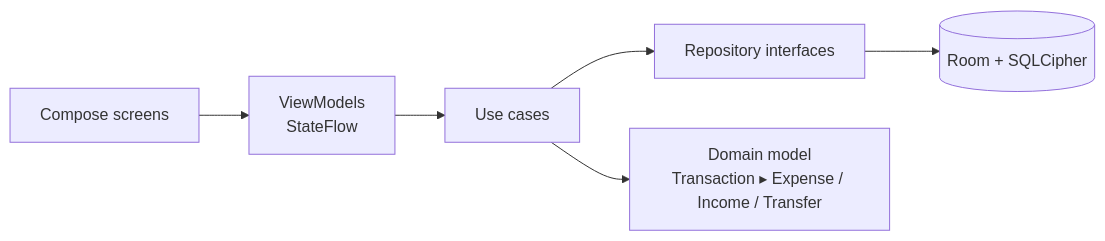
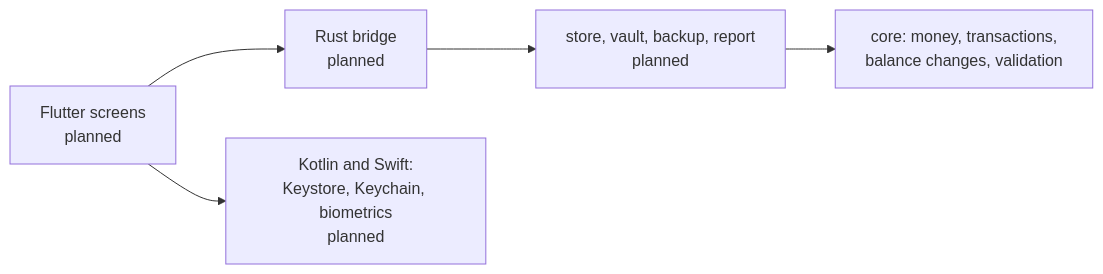
The diagram in README.md (jabbott-iii/DenariiDolor), drawn with Mermaid before and after one commit. The commit also changed other lines of this file and 8 other files, not shown here.

First line of the commit message:
docs: plan the Flutter and Rust rewrite and spec v1's data (M0.3)

````diff
--- a/README.md
+++ b/README.md
@@ -179,5 +179,5 @@
 ```mermaid
 flowchart LR
-    UI[Compose screens] --> VM[ViewModels<br/>StateFlow] --> UC[Use cases] --> R[Repository interfaces] --> DB[(Room + SQLCipher)]
-    UC --> M[Domain model<br/>Transaction ▸ Expense / Income / Transfer]
+    UI[Flutter screens<br/>planned] --> BR[Rust bridge<br/>planned] --> ST[store, vault, backup, report<br/>planned] --> CO[core: money, transactions,<br/>balance changes, validation]
+    UI --> PL[Kotlin and Swift:<br/>Keystore, Keychain, biometrics<br/>planned]
 ```
````
